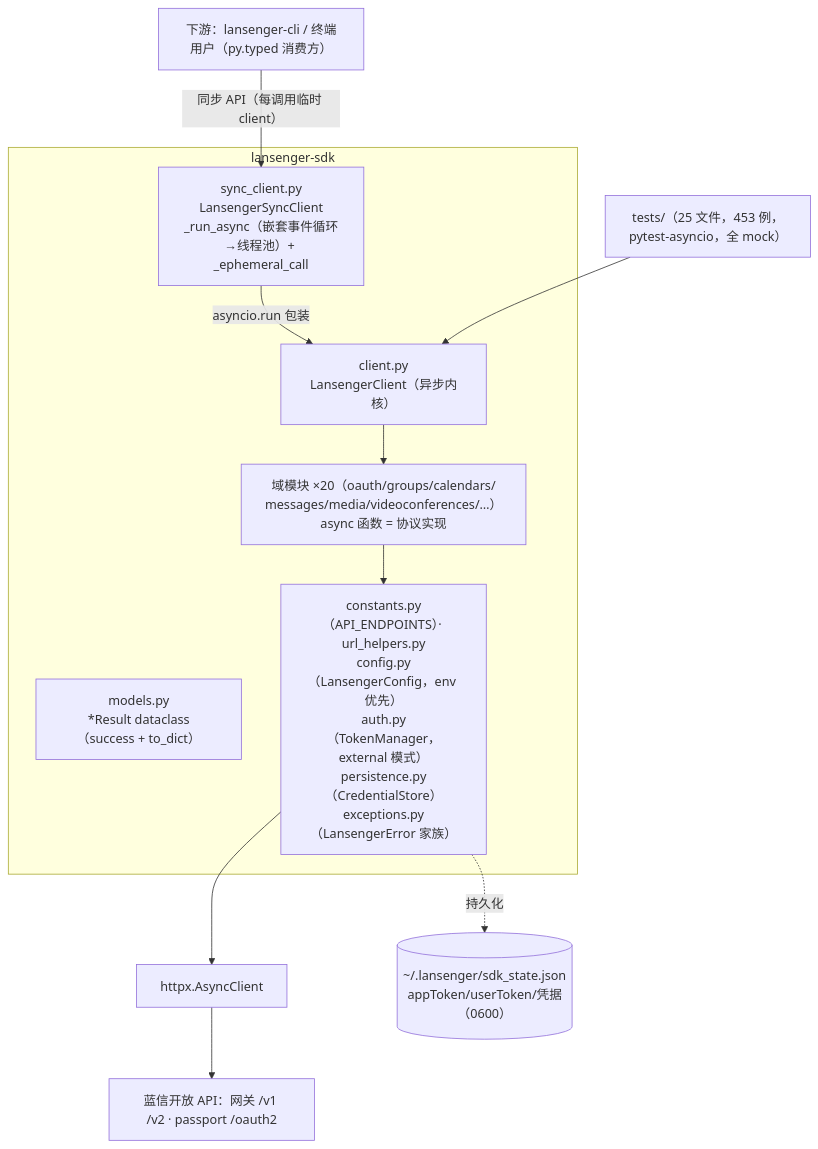
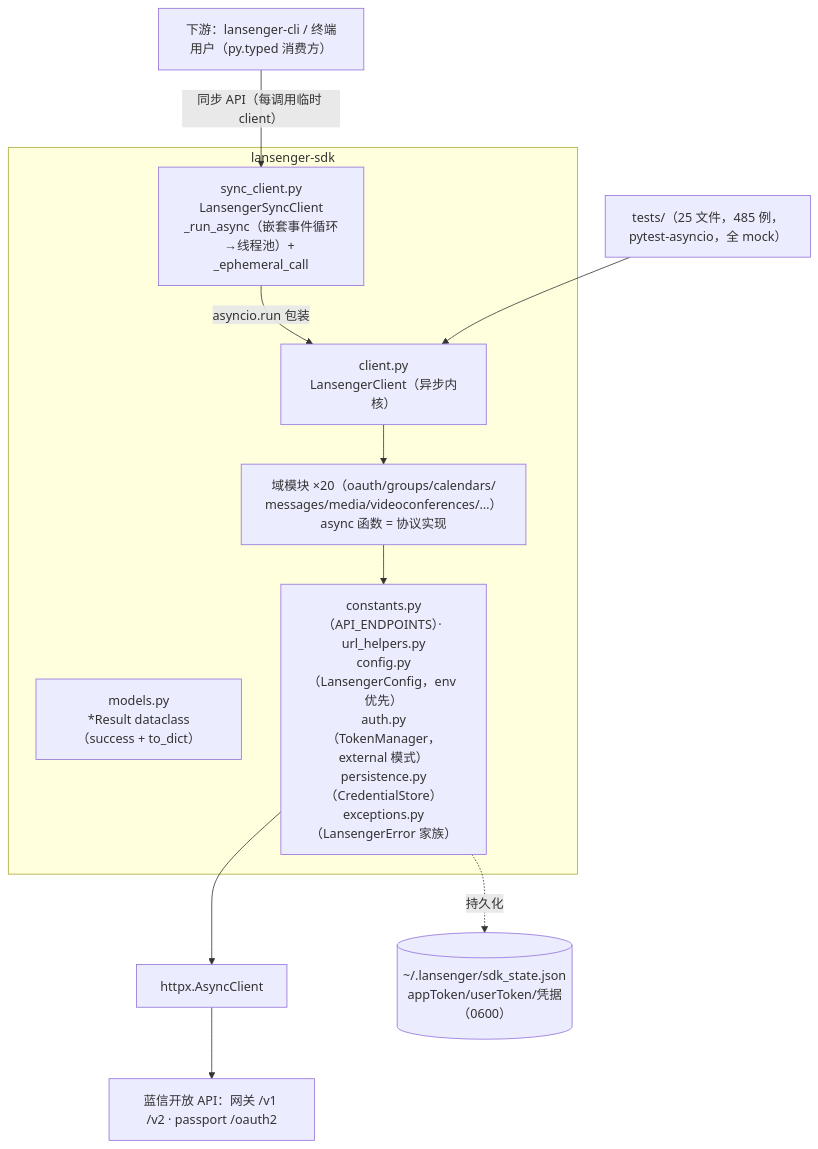
Before and after one commit to lansenger-pm/lansenger-sdk-python: the diagram in docs/architecture.md, drawn with Mermaid. The commit also changed other lines of this file and 3 other files, not shown here.

First line of the commit message:
docs: sync stale test counts after the device flow

````diff
--- a/docs/architecture.md
+++ b/docs/architecture.md
@@ -8,20 +8,20 @@
 ```mermaid
 flowchart TD
     U["下游：lansenger-cli / 终端用户（py.typed 消费方）"]
 
     subgraph SDK包["lansenger-sdk"]
         SYNC["sync_client.py<br/>LansengerSyncClient<br/>_run_async（嵌套事件循环→线程池）+ _ephemeral_call"]
         CLIENT["client.py<br/>LansengerClient（异步内核）"]
         DOMAINS["域模块 ×20（oauth/groups/calendars/<br/>messages/media/videoconferences/…）<br/>async 函数 = 协议实现"]
         MODELS["models.py<br/>*Result dataclass（success + to_dict）"]
         INFRA["constants.py（API_ENDPOINTS）· url_helpers.py<br/>config.py（LansengerConfig，env 优先）<br/>auth.py（TokenManager，external 模式）<br/>persistence.py（CredentialStore）<br/>exceptions.py（LansengerError 家族）"]
     end
 
     HTTP["httpx.AsyncClient"]
     API["蓝信开放 API：网关 /v1 /v2 · passport /oauth2"]
 
     U -->|"同步 API（每调用临时 client）"| SYNC -->|"asyncio.run 包装"| CLIENT
     CLIENT --> DOMAINS --> INFRA --> HTTP --> API
     INFRA -.持久化.-> STORE[("~/.lansenger/sdk_state.json<br/>appToken/userToken/凭据（0600）")]
-    TESTS["tests/（25 文件，453 例，pytest-asyncio，全 mock）"] --> CLIENT
+    TESTS["tests/（25 文件，485 例，pytest-asyncio，全 mock）"] --> CLIENT
 ```
````
